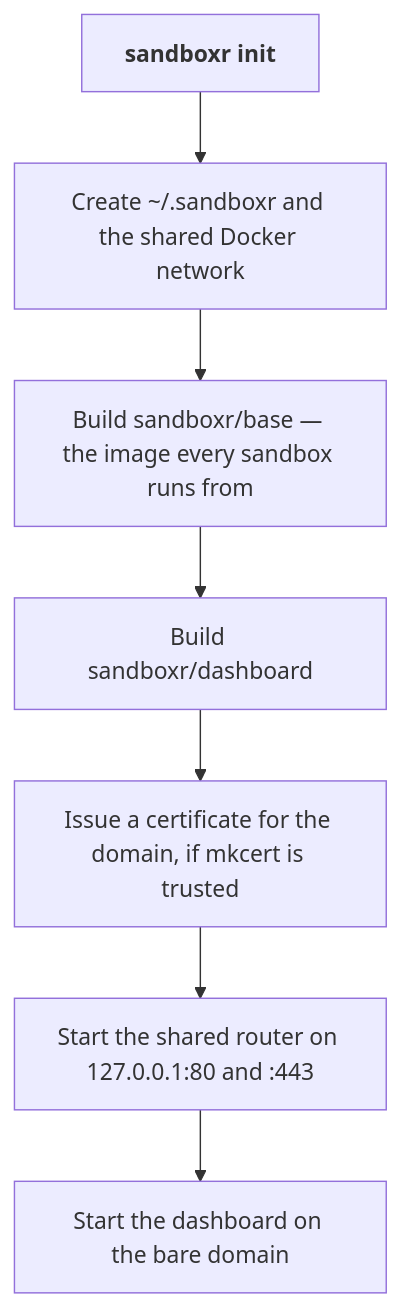
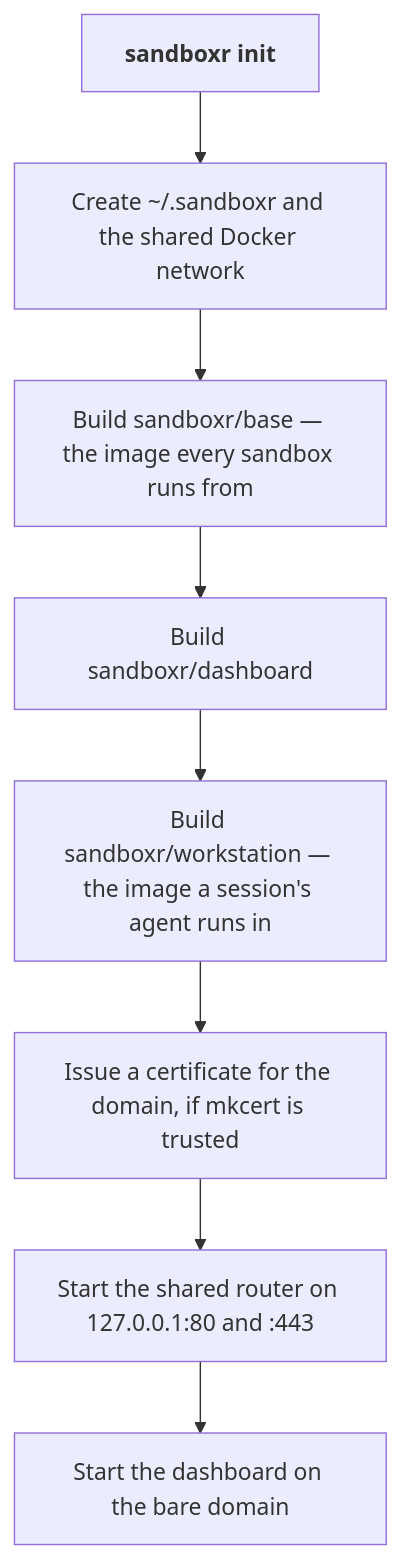
The diagram in docs/getting-started/install.md (mattmoran56/sandboxer-core), drawn with Mermaid before and after one commit. The commit also changed other lines of this file and 4 other files, not shown here.

````diff
--- a/docs/getting-started/install.md
+++ b/docs/getting-started/install.md
@@ -89,11 +89,12 @@
 ```mermaid
 flowchart TB
   a["<b>sandboxr init</b>"]
   b["Create ~/.sandboxr and the shared Docker network"]
   c["Build sandboxr/base — the image every sandbox runs from"]
   d["Build sandboxr/dashboard"]
+  d2["Build sandboxr/workstation — the image a session's agent runs in"]
   e["Issue a certificate for the domain, if mkcert is trusted"]
   f["Start the shared router on 127.0.0.1:80 and :443"]
   g["Start the dashboard on the bare domain"]
-  a --> b --> c --> d --> e --> f --> g
+  a --> b --> c --> d --> d2 --> e --> f --> g
 ```
````
